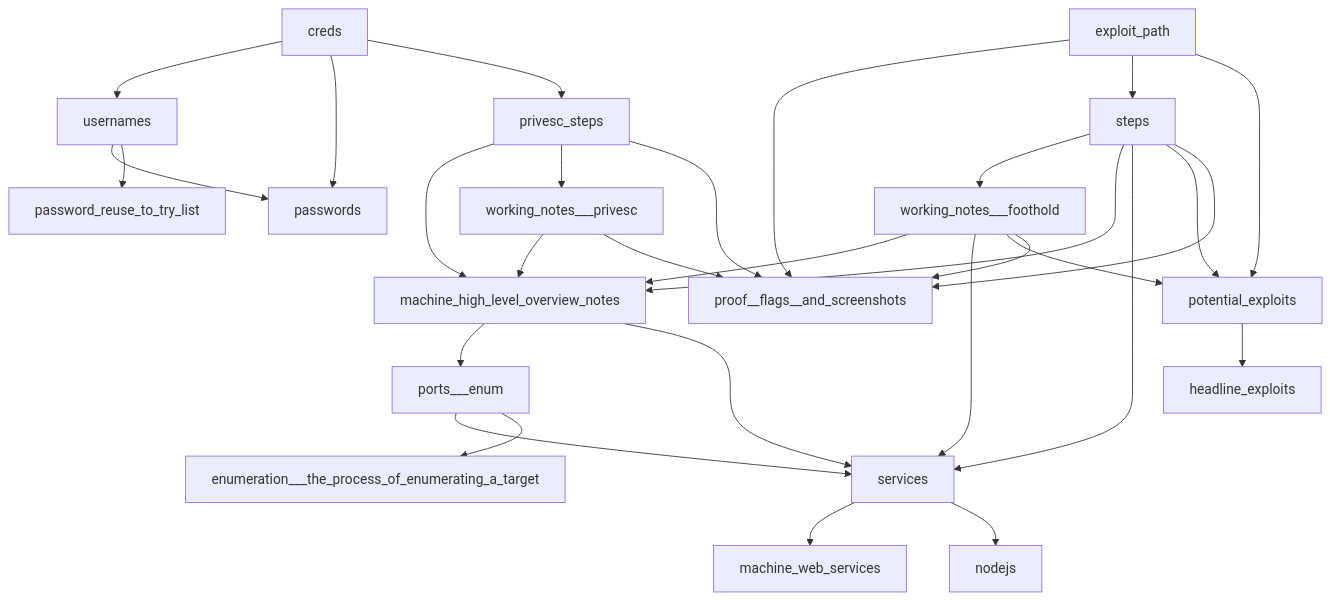
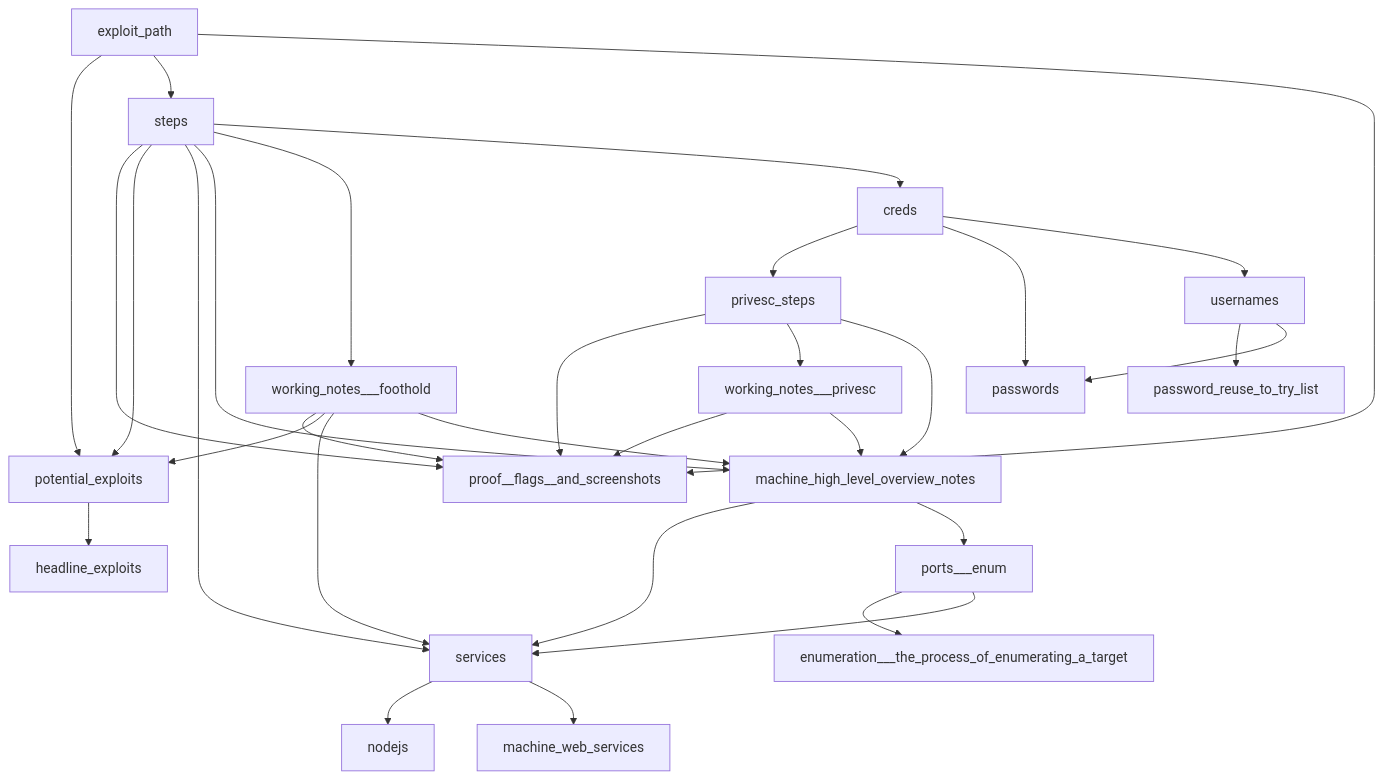
One commit to nicholas-long/markdown-raw-files-to-zettelkasten-conversion changed the diagram in zet/20221030041924/README.md. Above: the diagram before and after it, drawn with Mermaid. The commit also changed 8 other files, not shown here.

````diff
--- a/zet/20221030041924/README.md
+++ b/zet/20221030041924/README.md
@@ -11,32 +11,33 @@
 ```mermaid
 graph TD;
   exploit_path --> potential_exploits;
   exploit_path --> steps;
   exploit_path --> proof__flags__and_screenshots;
   steps --> proof__flags__and_screenshots;
   steps --> potential_exploits;
   steps --> services;
   steps --> machine_high_level_overview_notes;
   steps --> working_notes___foothold;
+  steps --> creds;
   creds --> privesc_steps;
   creds --> passwords;
   creds --> usernames;
   usernames --> password_reuse_to_try_list;
   usernames --> passwords;
   privesc_steps --> proof__flags__and_screenshots;
   privesc_steps --> working_notes___privesc;
   privesc_steps --> machine_high_level_overview_notes;
   working_notes___foothold --> proof__flags__and_screenshots;
   working_notes___foothold --> potential_exploits;
   working_notes___foothold --> services;
   working_notes___foothold --> machine_high_level_overview_notes;
   working_notes___privesc --> proof__flags__and_screenshots;
   working_notes___privesc --> machine_high_level_overview_notes;
   machine_high_level_overview_notes --> services;
   machine_high_level_overview_notes --> ports___enum;
   ports___enum --> enumeration___the_process_of_enumerating_a_target;
   ports___enum --> services;
   services --> nodejs;
   services --> machine_web_services;
   potential_exploits --> headline_exploits;
 ```
````
